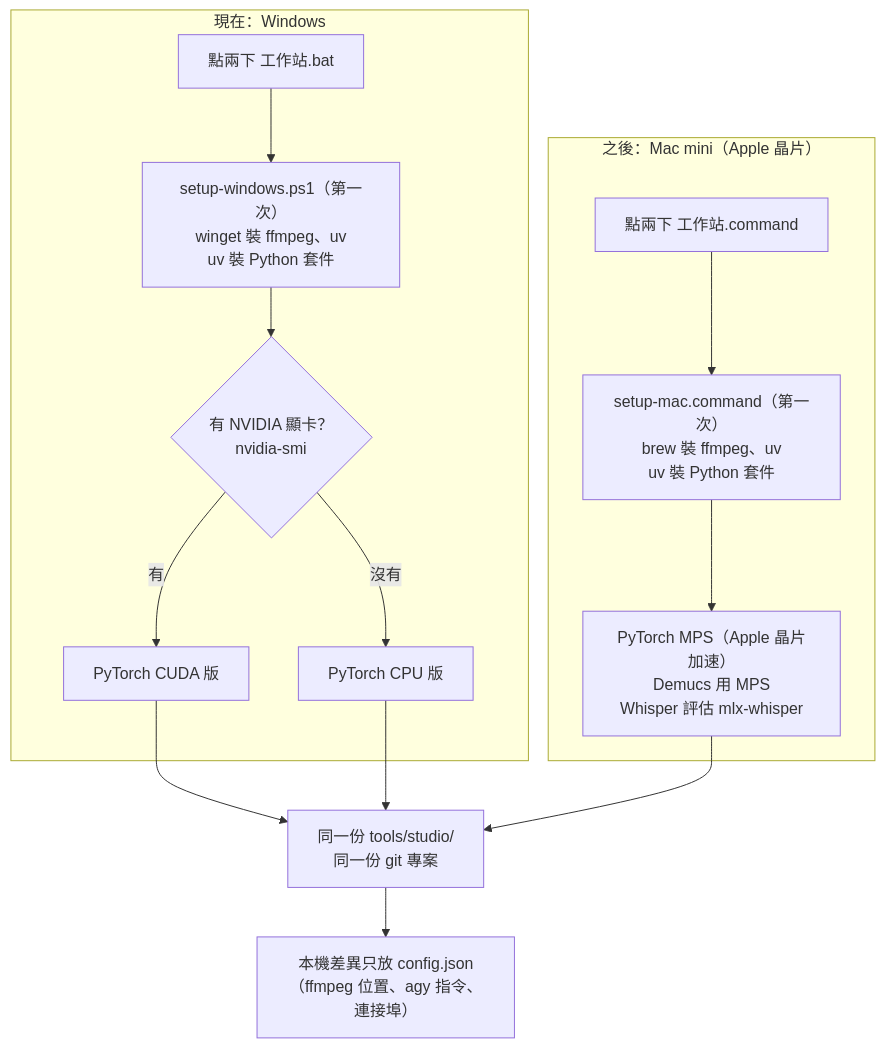
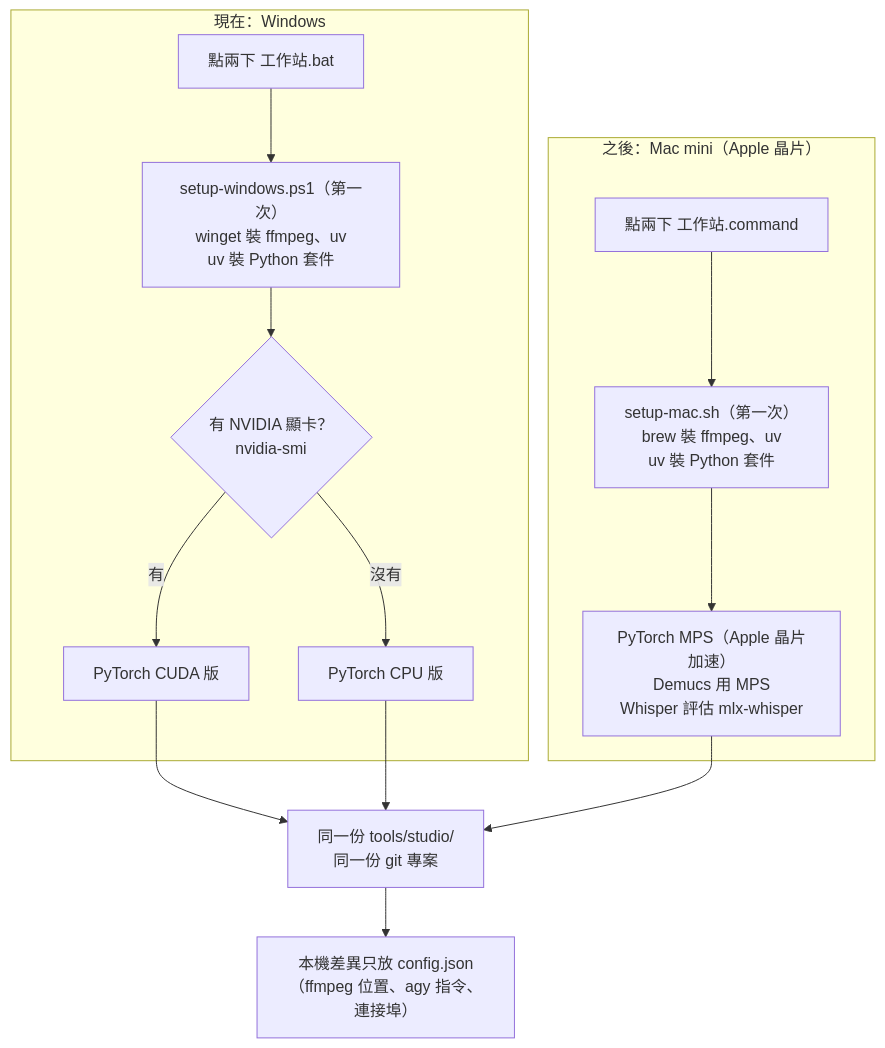
One commit to Gcree/ado-guide changed the ninth of 11 diagrams in docs/studio-plan.md. Above: the diagram before and after it, drawn with Mermaid. The commit also changed other lines of this file and 16 other files, not shown here.

````diff
--- a/docs/studio-plan.md
+++ b/docs/studio-plan.md
@@ -346,15 +346,15 @@
 ```mermaid
 flowchart TB
   subgraph WIN["現在：Windows"]
     W1["點兩下 工作站.bat"] --> W2["setup-windows.ps1（第一次）<br/>winget 裝 ffmpeg、uv<br/>uv 裝 Python 套件"]
     W2 --> W3{"有 NVIDIA 顯卡？<br/>nvidia-smi"}
     W3 -- 有 --> W4["PyTorch CUDA 版"]
     W3 -- 沒有 --> W5["PyTorch CPU 版"]
   end
   subgraph MAC["之後：Mac mini（Apple 晶片）"]
-    M1["點兩下 工作站.command"] --> M2["setup-mac.command（第一次）<br/>brew 裝 ffmpeg、uv<br/>uv 裝 Python 套件"]
+    M1["點兩下 工作站.command"] --> M2["setup-mac.sh（第一次）<br/>brew 裝 ffmpeg、uv<br/>uv 裝 Python 套件"]
     M2 --> M3["PyTorch MPS（Apple 晶片加速）<br/>Demucs 用 MPS<br/>Whisper 評估 mlx-whisper"]
   end
   W4 & W5 & M3 --> SAME["同一份 tools/studio/<br/>同一份 git 專案"]
   SAME --> CFG["本機差異只放 config.json<br/>（ffmpeg 位置、agy 指令、連接埠）"]
 ```
````
